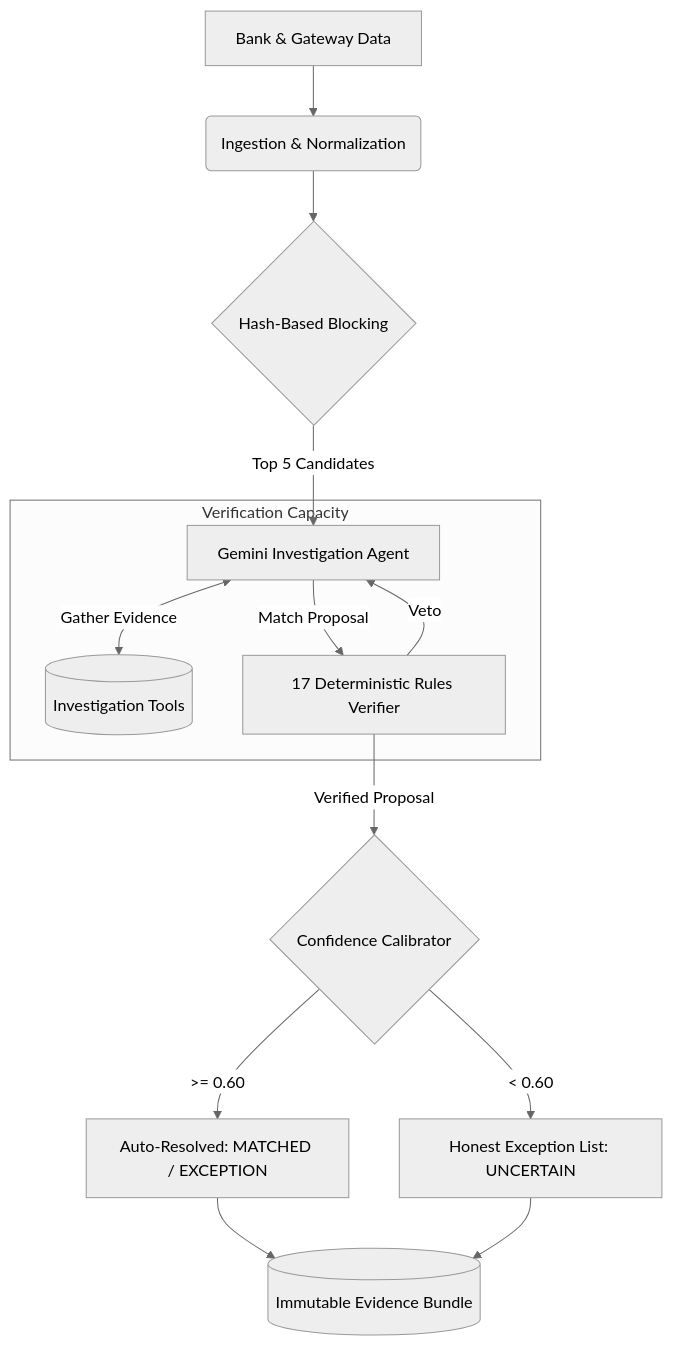
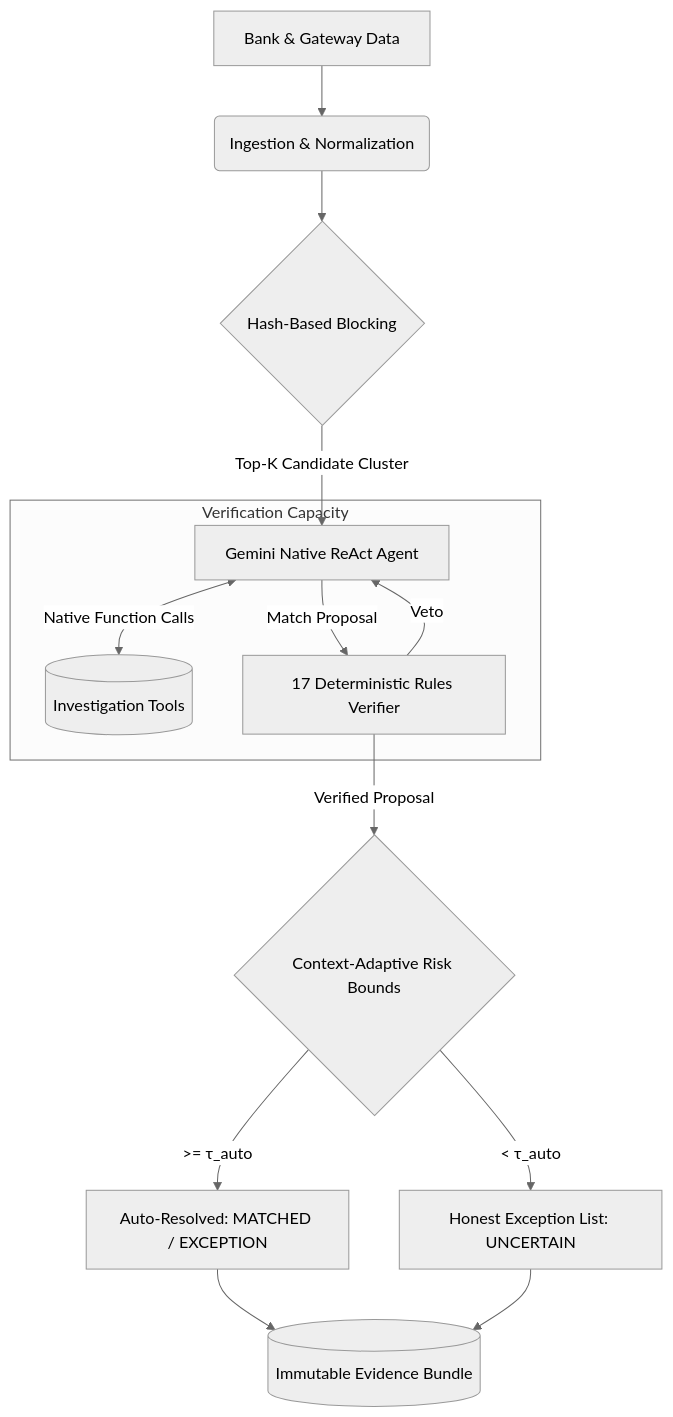
The diagram in README.md (sRiSh-JaNa-tech/Finance-Ops-Controller), drawn with Mermaid (neutral theme) before and after one commit. The commit also changed other lines of this file and 31 other files, not shown here.

Commit message:
feat(agent): migrate to LangGraph ReAct loop, update Prototype 4 specs and restore honest benchmark metrics

````diff
--- a/README.md
+++ b/README.md
@@ -26,19 +26,19 @@
 ```mermaid
 graph TD
     A[Bank & Gateway Data] --> B(Ingestion & Normalization)
     B --> C{Hash-Based Blocking}
-    C -->|Top 5 Candidates| D[Gemini Investigation Agent]
+    C -->|Top-K Candidate Cluster| D[Gemini Native ReAct Agent]
     
     subgraph "Verification Capacity"
-    D <-->|Gather Evidence| E[(Investigation Tools)]
+    D <-->|Native Function Calls| E[(Investigation Tools)]
     D -->|Match Proposal| F[17 Deterministic Rules Verifier]
     F -->|Veto| D
     end
     
-    F -->|Verified Proposal| G{Confidence Calibrator}
-    G -->|>= 0.60| H[Auto-Resolved: MATCHED / EXCEPTION]
-    G -->|< 0.60| I[Honest Exception List: UNCERTAIN]
+    F -->|Verified Proposal| G{Context-Adaptive Risk Bounds}
+    G -->|>= τ_auto| H[Auto-Resolved: MATCHED / EXCEPTION]
+    G -->|< τ_auto| I[Honest Exception List: UNCERTAIN]
     
     H --> J[(Immutable Evidence Bundle)]
     I --> J
 ```
````
